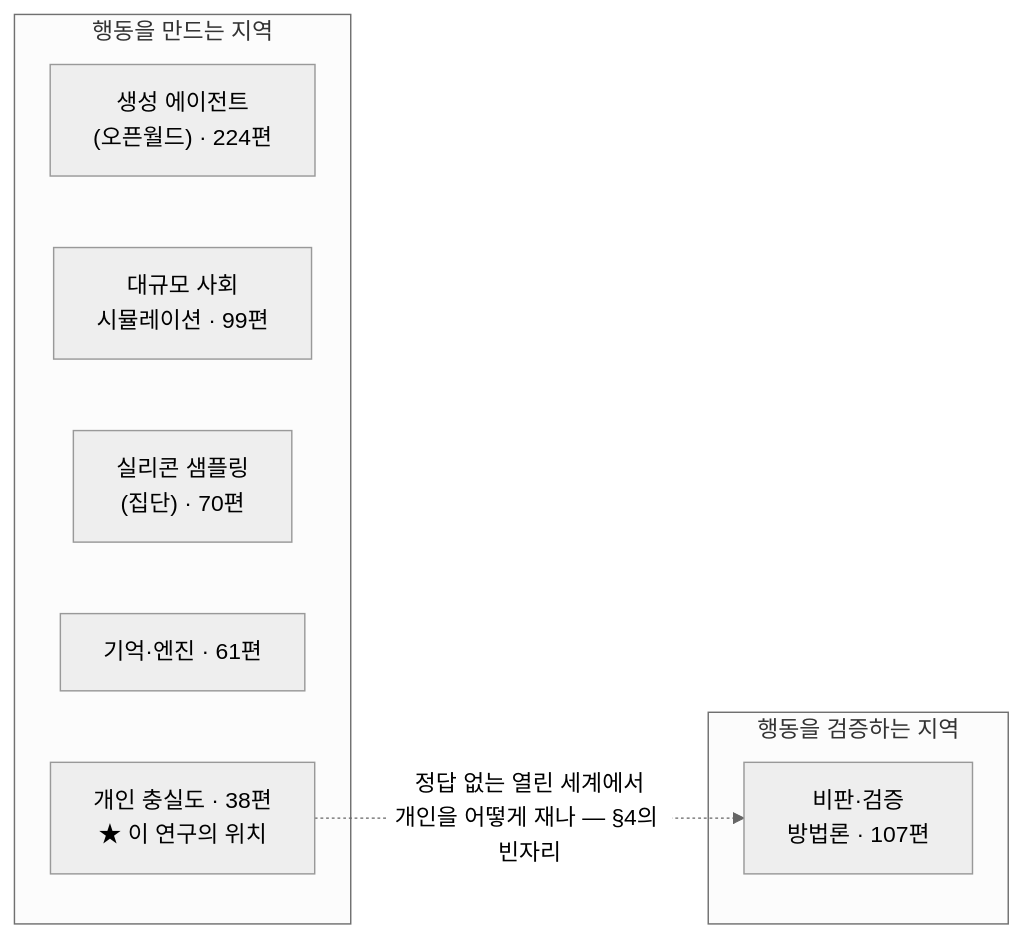
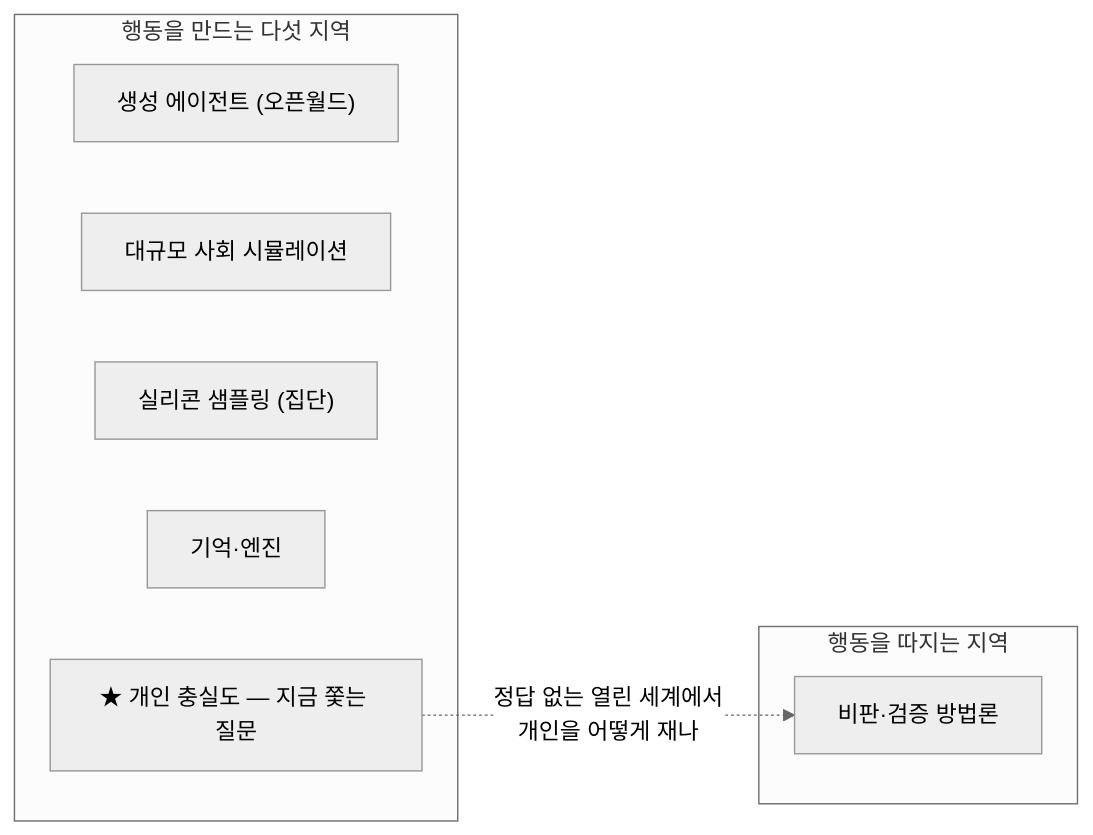
The diagram in field-map.qmd (qoal1201/synthetic-society-research), drawn with Mermaid (neutral theme) before and after one commit. The commit also changed other lines of this file and 10 other files, not shown here.

````diff
--- a/field-map.qmd
+++ b/field-map.qmd
@@ -67,14 +71,14 @@
 ```{mermaid}
 flowchart LR
-    subgraph MAKE["행동을 만드는 지역"]
-        C["생성 에이전트<br/>(오픈월드) · 224편"]
-        D["대규모 사회<br/>시뮬레이션 · 99편"]
-        S["실리콘 샘플링<br/>(집단) · 70편"]
-        E["기억·엔진 · 61편"]
-        B["개인 충실도 · 38편<br/>★ 이 연구의 위치"]
+    subgraph MAKE["행동을 만드는 다섯 지역"]
+        C["생성 에이전트 (오픈월드)"]
+        D["대규모 사회 시뮬레이션"]
+        S["실리콘 샘플링 (집단)"]
+        E["기억·엔진"]
+        B["★ 개인 충실도 — 지금 쫓는 질문"]
     end
-    subgraph JUDGE["행동을 검증하는 지역"]
-        V["비판·검증<br/>방법론 · 107편"]
+    subgraph JUDGE["행동을 따지는 지역"]
+        V["비판·검증 방법론"]
     end
-    B -. "정답 없는 열린 세계에서<br/>개인을 어떻게 재나 — §4의 빈자리" .-> V
+    B -. "정답 없는 열린 세계에서<br/>개인을 어떻게 재나" .-> V
 ```
````
